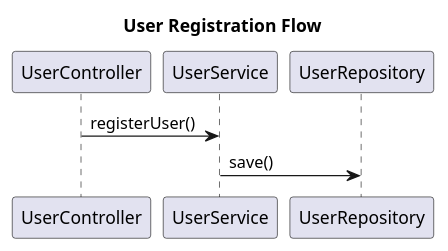
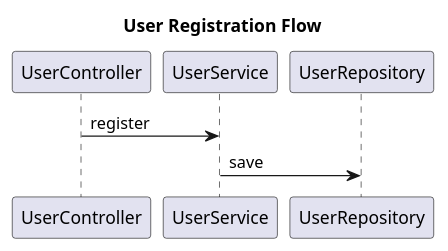
Before and after one commit to Dinesh-s95/AutoDoc.ai: the first of 6 diagrams in identityprovider/documentation/detaileddesign.adoc, drawn with PlantUML. The commit also changed other lines of this file and 16 other files, not shown here.

```diff
--- a/identityprovider/documentation/detaileddesign.adoc
+++ b/identityprovider/documentation/detaileddesign.adoc
@@ -79,7 +188,6 @@
 [plantuml, runtime-view]
 ----
 title User Registration Flow
-
-UserController -> UserService: registerUser()
-UserService -> UserRepository: save()
+UserController -> UserService: register
+UserService -> UserRepository: save
 ----
```
